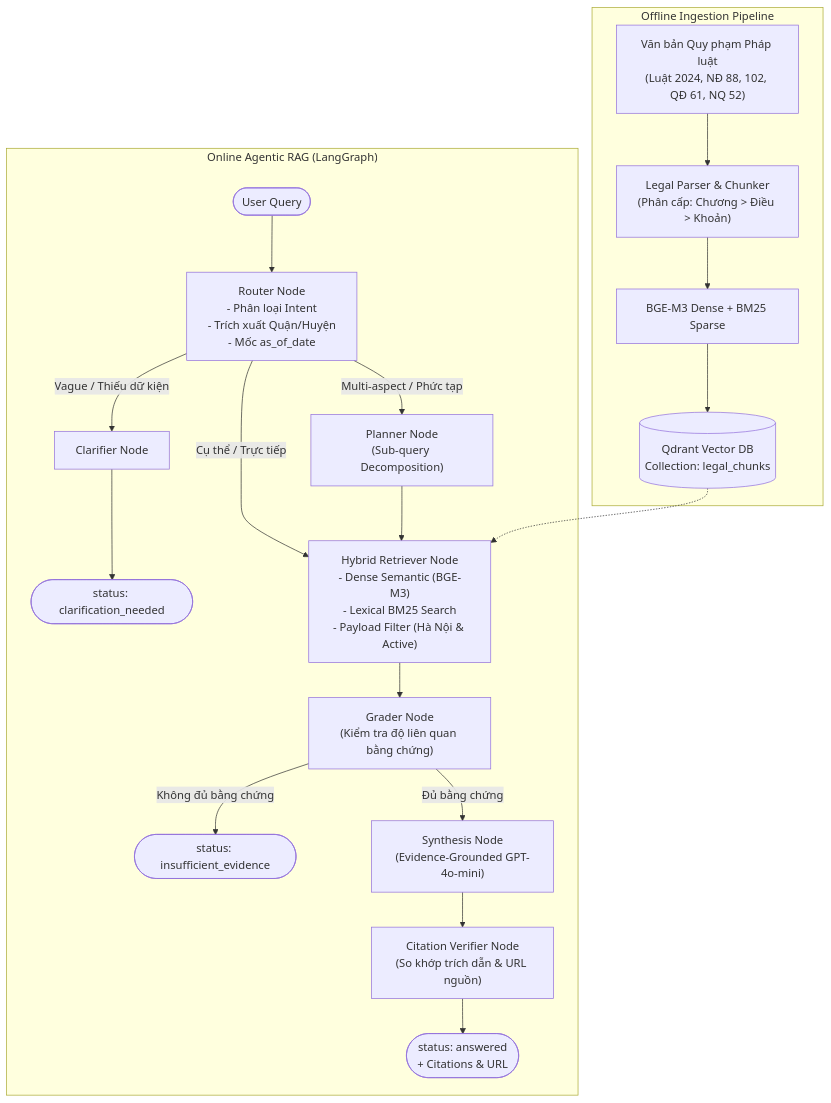
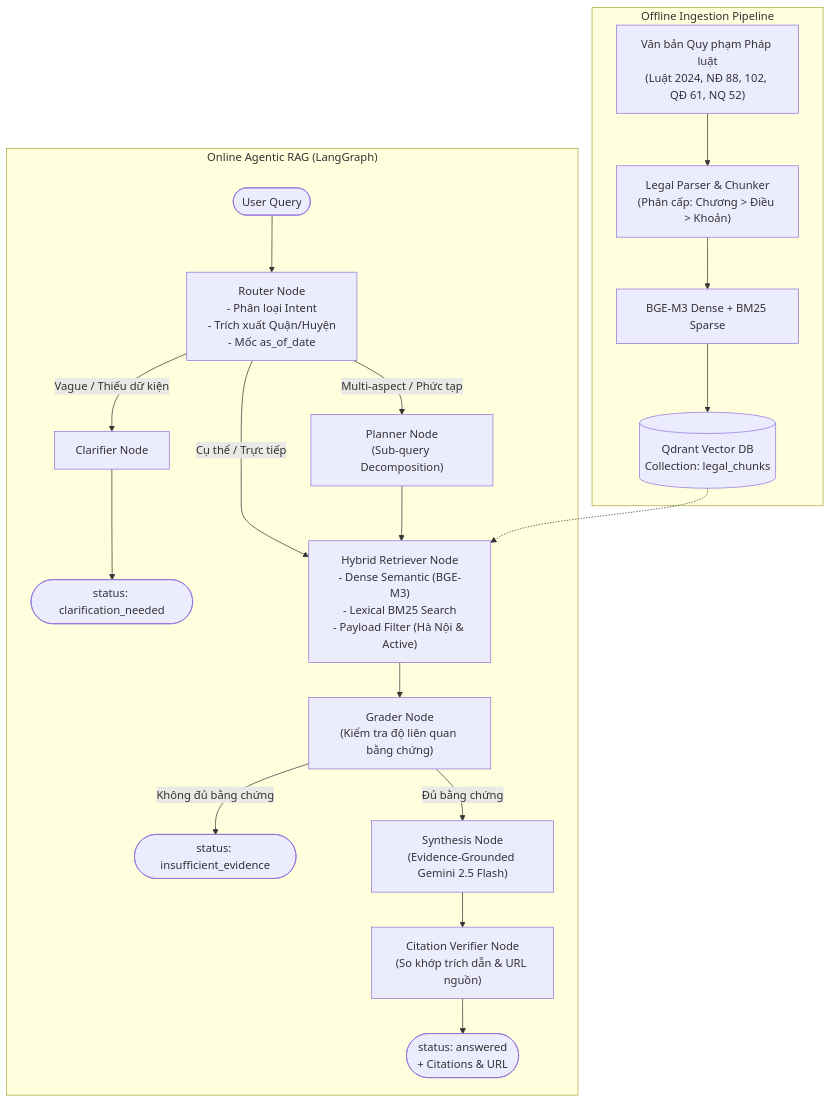
Before and after one commit to dovh25/agentic-rag-legal-qa-hanoi: the first of 2 diagrams in README.md, drawn with Mermaid. The commit also changed 11 other files, not shown here.

First line of the commit message:
docs(adr): document architectural decisions ADR-0001 to ADR-0004 and sync tech specs

````diff
--- a/README.md
+++ b/README.md
@@ -66,27 +66,27 @@
 ```mermaid
 flowchart TD
     subgraph INGESTION["Offline Ingestion Pipeline"]
         DOCS["Văn bản Quy phạm Pháp luật\n(Luật 2024, NĐ 88, 102, QĐ 61, NQ 52)"] --> PARSE["Legal Parser & Chunker\n(Phân cấp: Chương > Điều > Khoản)"]
         PARSE --> EMBED["BGE-M3 Dense + BM25 Sparse"]
         EMBED --> QDRANT[("Qdrant Vector DB\nCollection: legal_chunks")]
     end
 
     subgraph AGENT["Online Agentic RAG (LangGraph)"]
         START([User Query]) --> ROUTER["Router Node\n- Phân loại Intent\n- Trích xuất Quận/Huyện\n- Mốc as_of_date"]
         
         ROUTER -- "Vague / Thiếu dữ kiện" --> CLARIFY["Clarifier Node"] --> RESP_CLARIFY(["status: clarification_needed"])
         ROUTER -- "Multi-aspect / Phức tạp" --> PLANNER["Planner Node\n(Sub-query Decomposition)"]
         ROUTER -- "Cụ thể / Trực tiếp" --> RETRIEVER["Hybrid Retriever Node\n- Dense Semantic (BGE-M3)\n- Lexical BM25 Search\n- Payload Filter (Hà Nội & Active)"]
         
         PLANNER --> RETRIEVER
         QDRANT -.-> RETRIEVER
         
         RETRIEVER --> GRADER["Grader Node\n(Kiểm tra độ liên quan bằng chứng)"]
         
         GRADER -- "Không đủ bằng chứng" --> ABSTAIN(["status: insufficient_evidence"])
-        GRADER -- "Đủ bằng chứng" --> SYNTHESIS["Synthesis Node\n(Evidence-Grounded GPT-4o-mini)"]
+        GRADER -- "Đủ bằng chứng" --> SYNTHESIS["Synthesis Node\n(Evidence-Grounded Gemini 2.5 Flash)"]
         
         SYNTHESIS --> VERIFY["Citation Verifier Node\n(So khớp trích dẫn & URL nguồn)"]
         VERIFY --> ANSWER(["status: answered\n+ Citations & URL"])
     end
 ```
````
